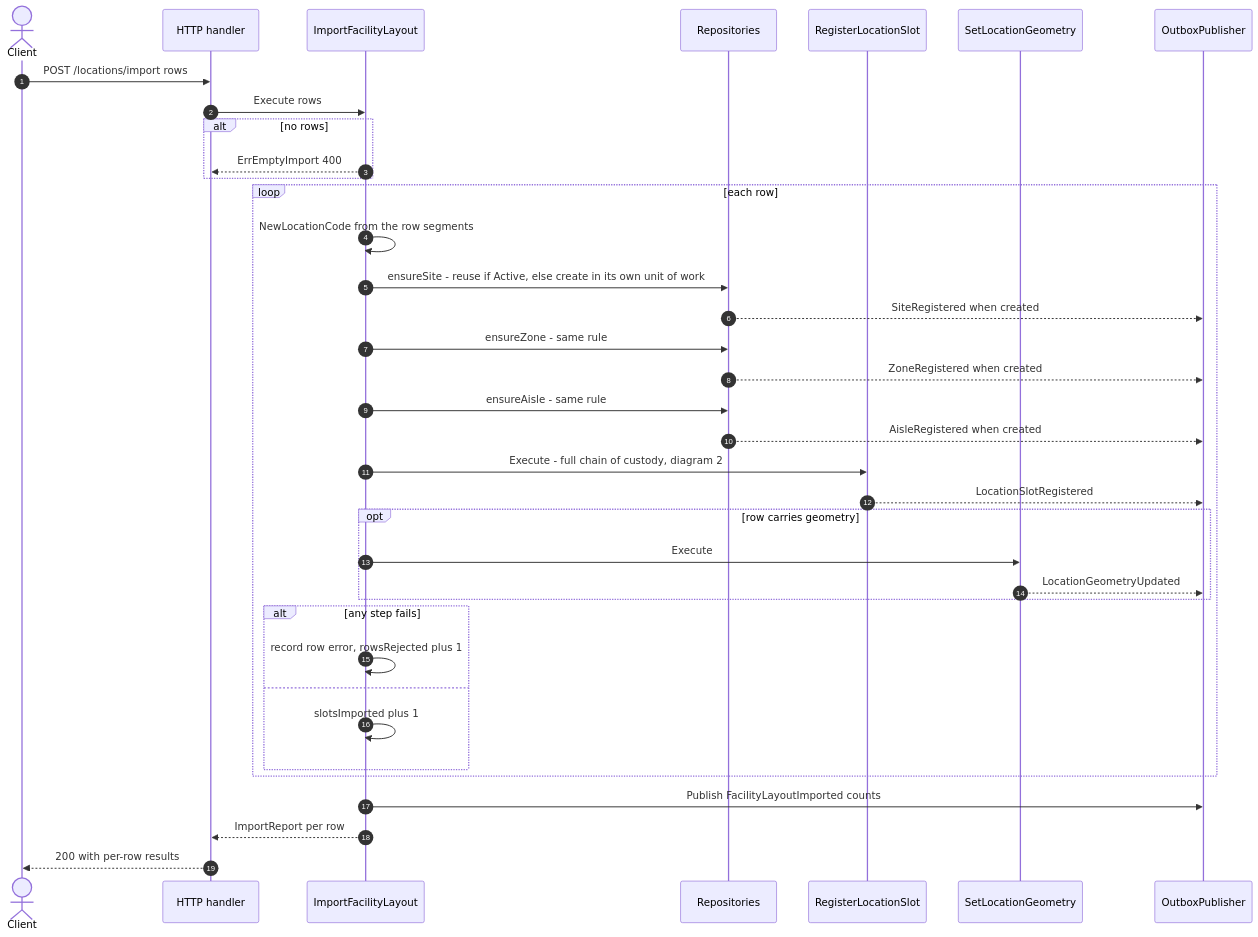
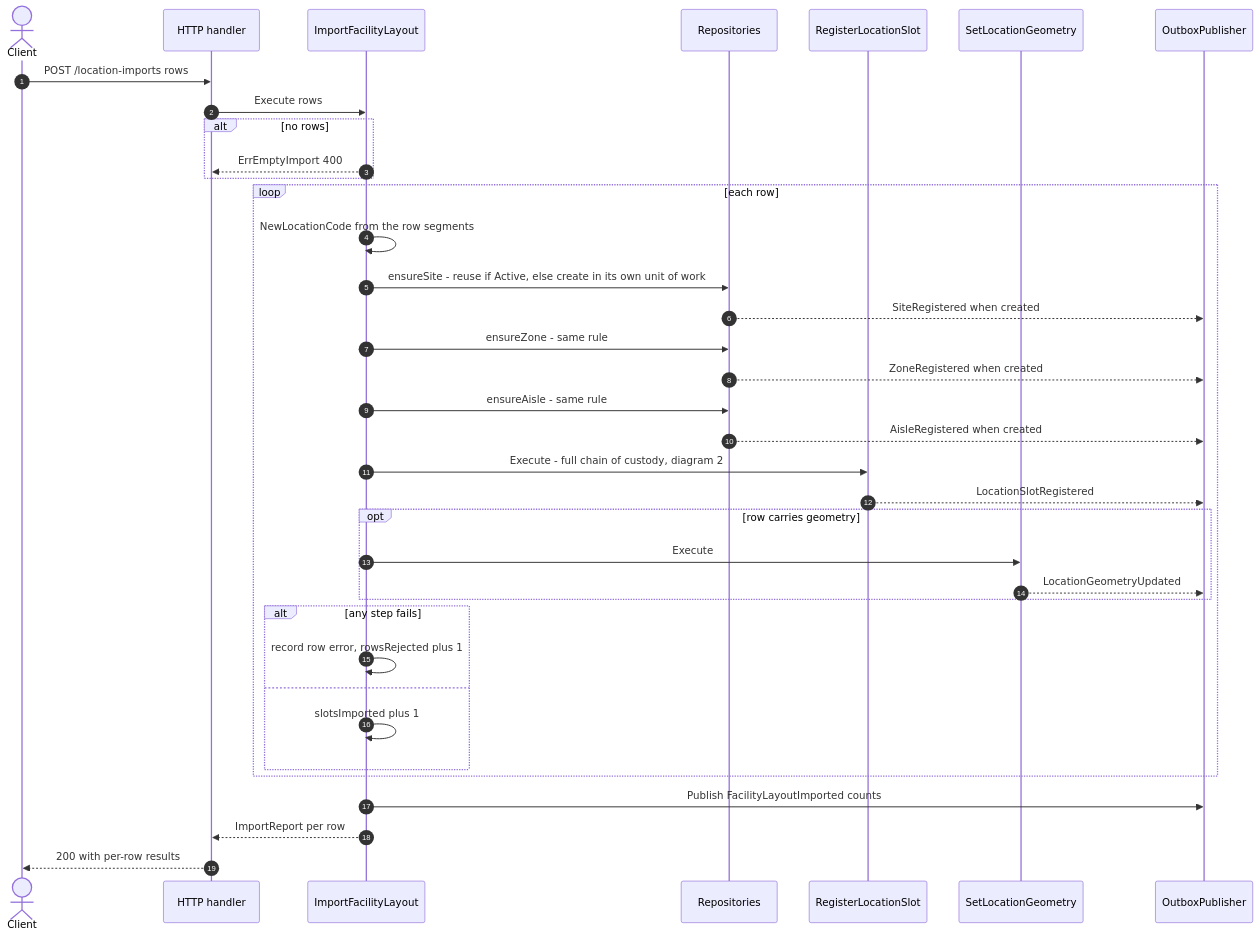
One commit to IQVO/warehouse-docs changed the fourth of 6 diagrams in docs/contexts/facility-layout/sequence-diagrams.md. Above: the diagram before and after it, drawn with Mermaid. The commit also changed other lines of this file and 272 other files, not shown here.

````diff
--- a/docs/contexts/facility-layout/sequence-diagrams.md
+++ b/docs/contexts/facility-layout/sequence-diagrams.md
@@ -213,40 +213,40 @@
 ```mermaid
 sequenceDiagram
     autonumber
     actor C as Client
     participant H as HTTP handler
     participant UC as ImportFacilityLayout
     participant R as Repositories
     participant RLS as RegisterLocationSlot
     participant SLG as SetLocationGeometry
     participant OB as OutboxPublisher
 
-    C->>H: POST /locations/import rows
+    C->>H: POST /location-imports rows
     H->>UC: Execute rows
     alt no rows
         UC-->>H: ErrEmptyImport 400
     end
     loop each row
         UC->>UC: NewLocationCode from the row segments
         UC->>R: ensureSite - reuse if Active, else create in its own unit of work
         R-->>OB: SiteRegistered when created
         UC->>R: ensureZone - same rule
         R-->>OB: ZoneRegistered when created
         UC->>R: ensureAisle - same rule
         R-->>OB: AisleRegistered when created
         UC->>RLS: Execute - full chain of custody, diagram 2
         RLS-->>OB: LocationSlotRegistered
         opt row carries geometry
             UC->>SLG: Execute
             SLG-->>OB: LocationGeometryUpdated
         end
         alt any step fails
             UC->>UC: record row error, rowsRejected plus 1
         else
             UC->>UC: slotsImported plus 1
         end
     end
     UC->>OB: Publish FacilityLayoutImported counts
     UC-->>H: ImportReport per row
     H-->>C: 200 with per-row results
 ```
````
